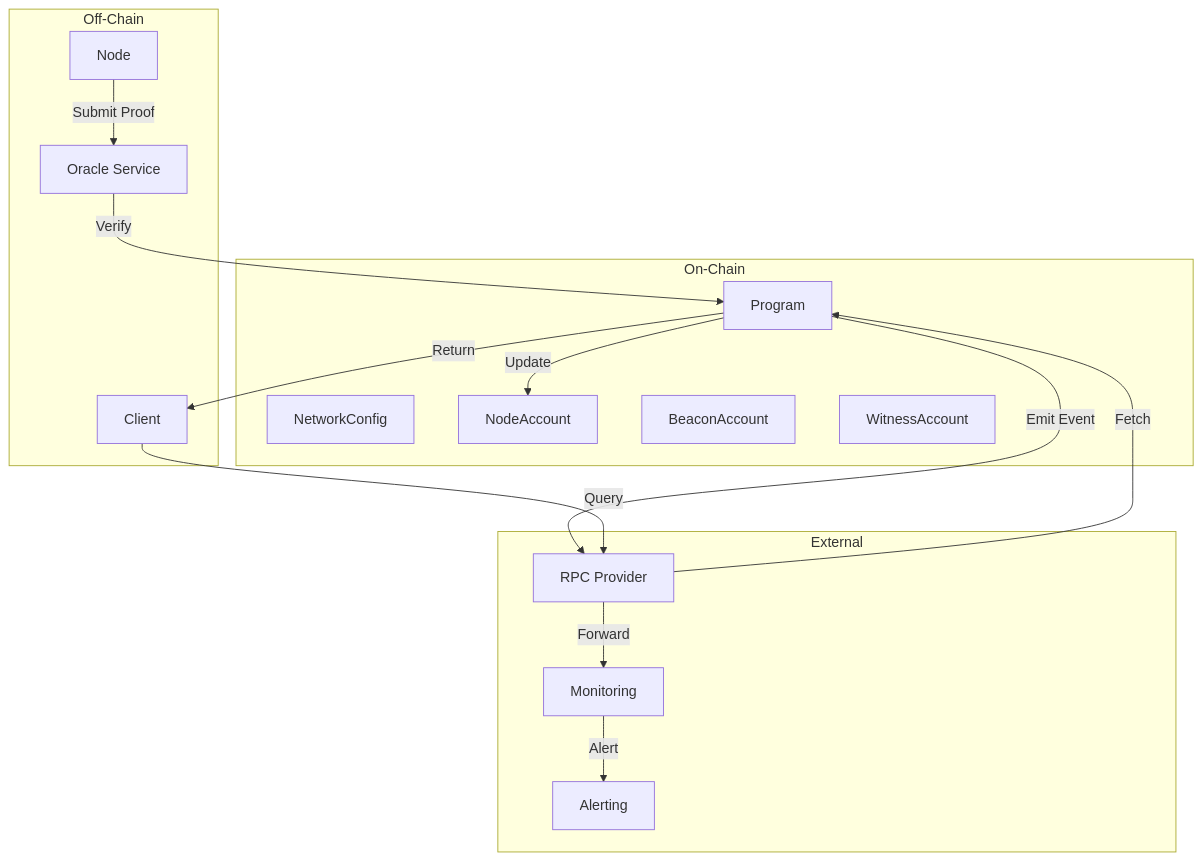
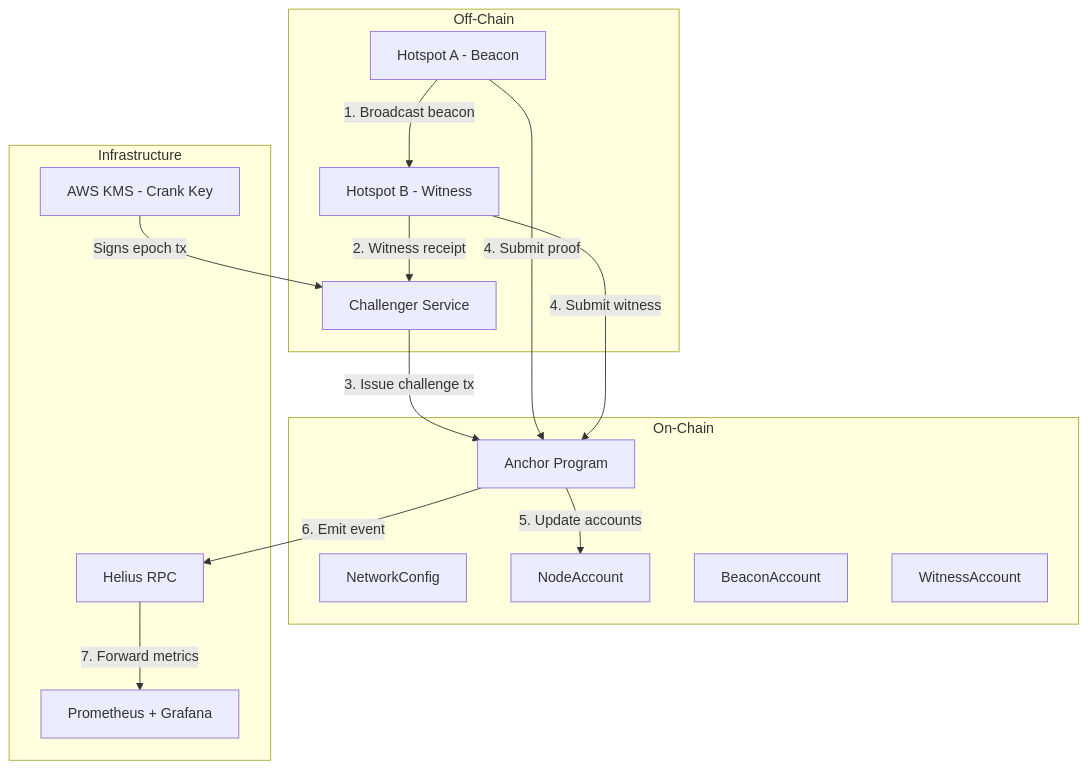
Before and after one commit to Stan-lee13/solana-depin-builder-skill: the first of 12 diagrams in commands/depin-diagram.md, drawn with Mermaid. The commit also changed other lines of this file, not shown here.

Commit message:
feat: add Mermaid diagrams for all 7 DePIN patterns — mapping GPS-spoof flowchart, energy meter-to-credit sequence, demand response flow, storage challenge-response, authority hierarchy security diagram

````diff
--- a/commands/depin-diagram.md
+++ b/commands/depin-diagram.md
@@ -57,32 +20,29 @@
 ```mermaid
 graph TB
     subgraph On-Chain
         NC[NetworkConfig]
         NA[NodeAccount]
         BA[BeaconAccount]
         WA[WitnessAccount]
-        P[Program]
+        P[Anchor Program]
     end
-    
     subgraph Off-Chain
-        O[Oracle Service]
-        N[Node]
-        C[Client]
+        CH[Challenger Service]
+        N1[Hotspot A - Beacon]
+        N2[Hotspot B - Witness]
     end
-    
-    subgraph External
-        RPC[RPC Provider]
-        MON[Monitoring]
-        ALERT[Alerting]
+    subgraph Infrastructure
+        RPC[Helius RPC]
+        MON[Prometheus + Grafana]
+        KMS[AWS KMS - Crank Key]
     end
-    
-    N -->|Submit Proof| O
-    O -->|Verify| P
-    P -->|Update| NA
-    P -->|Emit Event| RPC
-    RPC -->|Forward| MON
-    MON -->|Alert| ALERT
-    C -->|Query| RPC
-    RPC -->|Fetch| P
-    P -->|Return| C
+    N1 -->|1. Broadcast beacon| N2
+    N2 -->|2. Witness receipt| CH
+    CH -->|3. Issue challenge tx| P
+    N1 -->|4. Submit proof| P
+    N2 -->|4. Submit witness| P
+    P -->|5. Update accounts| NA
+    P -->|6. Emit event| RPC
+    RPC -->|7. Forward metrics| MON
+    KMS -->|Signs epoch tx| CH
 ```
````
